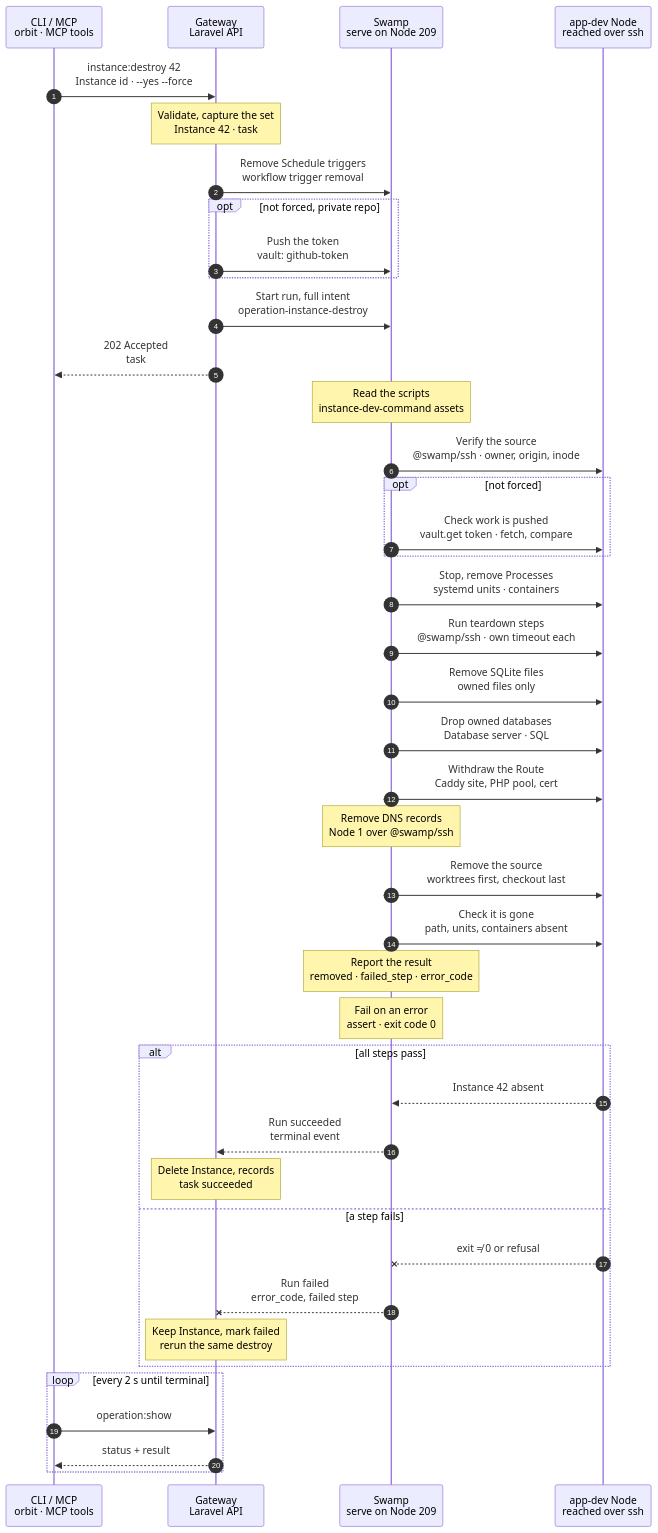
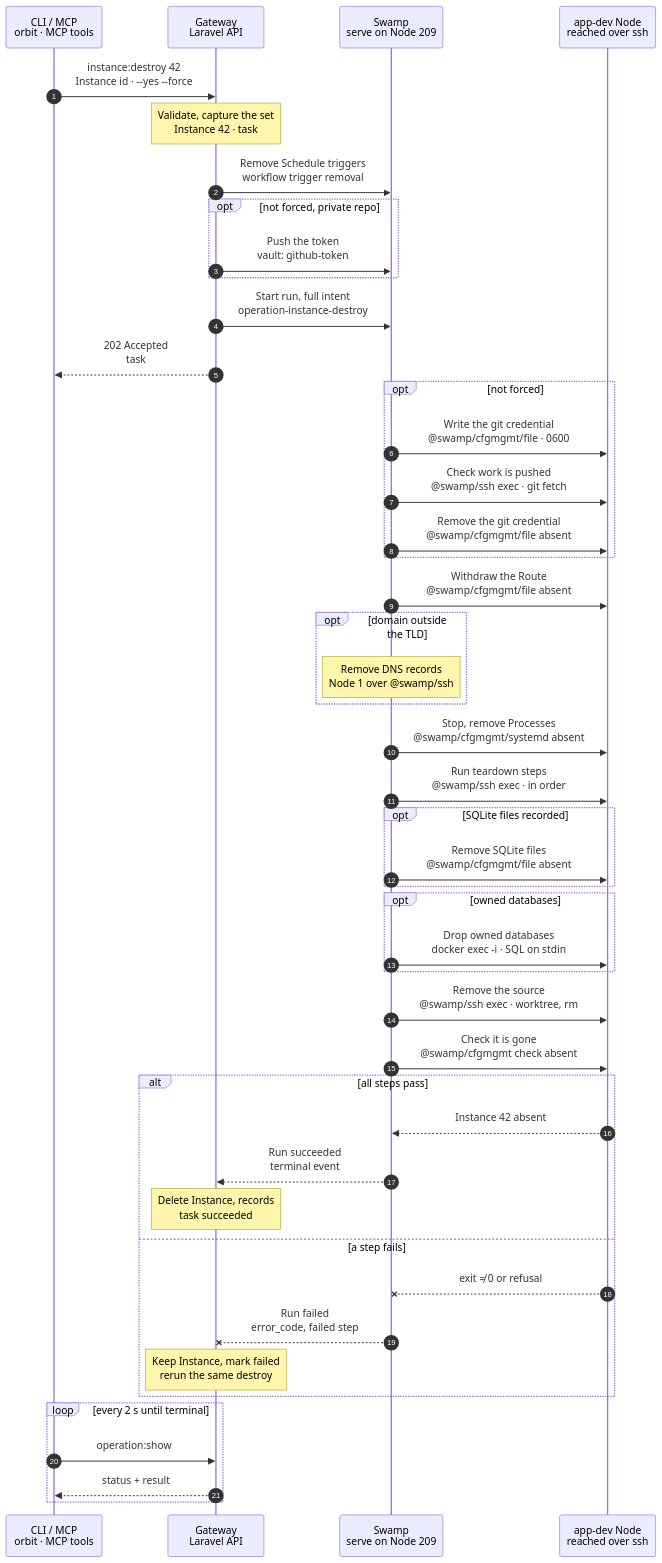
Before and after one commit to hardimpactdev/orbit: the diagram in docs/cli/instance/destroy.mmd, drawn with Mermaid. The commit also changed 78 other files, not shown here.

```diff
--- a/docs/cli/instance/destroy.mmd
+++ b/docs/cli/instance/destroy.mmd
@@ -1,182 +1,190 @@
 sequenceDiagram
   %% Target design: ADR 0244 task, R1-R4, single-swamp-node (@swamp/ssh from 209), DECISIONS 1 (token minted at admission, vault.get), Schedules native (Nick 2026-11-02). docs/reference/instance-removal.md.
+  %% Tightened: flow-tighten 2026-11-02, rules 3, 8, 14, 17, 22 (Route first, DNS only outside the TLD, cfgmgmt absent applies, no script read, source capture, report or assert step).
+  %% Decided: Nick 2026-11-02, the Route is withdrawn first, before teardown; a failed teardown leaves the site down and a rerun completes.
   %% status: draft
   %% command: instance:destroy
   %% kind: instance.destroy
   autonumber
   %% lane CLI icon=terminal pill=caller tone=gray
   %% lane GW icon=gateway pill=intent tone=blue
   %% lane SW icon=workflow pill=executes tone=green
   %% lane N icon=server pill=target tone=amber
   participant CLI as CLI / MCP<br/>orbit · MCP tools
   participant GW as Gateway<br/>Laravel API
   participant SW as Swamp<br/>serve on Node 209
   participant N as app-dev Node<br/>reached over ssh
   CLI->>GW: instance:destroy 42<br/>Instance id · --yes --force
   %%> Command:
   %%> - `orbit instance:destroy 42 --yes`
   %%> - syntax: `<instance> [--yes] [--force] [--idempotency-key=KEY] [--json]`
   %%> Input:
   %%> - the Instance's id, as `instance:list` shows it
   %%> Confirmation:
   %%> - without `--yes`, the CLI asks first; the default is No
   %%> - without a terminal, or with `--json`, `--yes` is required
   %%> With `--force`:
   %%> - also deletes dirty or unpublished source, and a checkout with its linked worktrees
   %%> - it never waives the source identity checks, and it is not consent
   Note over GW: Validate, capture the set<br/>Instance 42 · task #5132
   %%> Requirements:
   %%> - your Node has an access grant to Node 12, which runs Instance 42
   %%> - Instance 42 is a development Instance; production removal is not charted here
   %%> - no other lifecycle change and no unfinished transfer holds Instance 42
   %%> Captures:
   %%> - the source: path, owner, origin, branch, linked worktrees
   %%> - what Instance 42 owns: Processes, Schedules, Route, SQLite files, server databases
   %%> - the Project teardown steps
   %%> Result:
   %%> - Instance 42 is marked removing, with the captured set
   %%> - task #5132 recorded with the full intent
   GW->>SW: Remove Schedule triggers<br/>workflow trigger removal
   %%> What it does:
   %%> - removes the native Swamp schedule trigger of each Schedule of Instance 42
   %%> - there is no Node work here; Schedules install nothing on Nodes
   %%> Why first:
   %%> - no new fire starts against a checkout that is being removed
   %%> Running fire:
   %%> - a fire that already started runs to its end, within its own timeout, and is still recorded
   opt not forced, private repo
     GW->>SW: Push the token<br/>vault: github-token
     %%> Why:
     %%> - a normal removal checks that the work is pushed, which needs a fetch from origin
     %%> - only the Gateway holds the GitHub App key
     %%> What it does:
     %%> - mints a read token for this one repository, valid 1 hour, and pushes it into Swamp's vault
     %%> Not needed:
     %%> - with `--force`, or for a public repository
   end
   GW->>SW: Start run, full intent<br/>operation-instance-destroy
   %%> What it does:
   %%> - starts one run of `operation-instance-destroy` on Swamp serve (Node 209)
   %%> Inputs:
   %%> - Node 12's address and SSH host keys; the SSH identity comes from the `swamp` role
   %%> - the captured set, the teardown steps, the Node's managed user
   %%> - secrets only as vault key names
   GW-->>CLI: 202 Accepted<br/>task #5132
   %%> What you get:
   %%> - the task number, at once
   %%> Next:
   %%> - the CLI follows the task with `operation:show`
-  Note over SW: Read the scripts<br/>instance-dev-command assets
-  %%> What it does:
-  %%> - reads the shipped destroy phase scripts and the teardown runner on 209, to send them over SSH in argv
-  SW->>N: Verify the source<br/>@swamp/ssh · owner, origin, inode
-  %%> What it does:
-  %%> - checks that the checkout and its linked worktrees are the ones captured at admission
-  %%> - same path, owner, origin and filesystem identity
-  %%> Refuses:
-  %%> - another checkout, owner or Node, also with `--force`
-  %%> - a symlink in place of the checkout
   opt not forced
-    SW->>N: Check work is pushed<br/>vault.get token · fetch, compare
+    SW->>N: Write the git credential<br/>@swamp/cfgmgmt/file · 0600
     %%> What it does:
-    %%> - fetches origin with the vault token and compares
+    %%> - writes the vault token as a 0600 credential file, so the token never enters argv
+    SW->>N: Check work is pushed<br/>@swamp/ssh exec · git fetch
+    %%> What it does:
+    %%> - for each checkout, fetches origin with that credential file, then compares with `git status --porcelain` and `git branch -r --contains HEAD`
     %%> Refuses:
     %%> - dirty source
     %%> - a `HEAD` that no origin branch or tag contains
     %%> - linked worktrees on the checkout
     %%> Result of a refusal:
     %%> - the run stops here and nothing changes
+    %%> Why first:
+    %%> - a fact that can change after admission, and every later step depends on it
+    SW->>N: Remove the git credential<br/>@swamp/cfgmgmt/file absent
+    %%> When:
+    %%> - always after the check, also when it refused
   end
-  SW->>N: Stop, remove Processes<br/>systemd units · containers
+  SW->>N: Withdraw the Route<br/>@swamp/cfgmgmt/file absent
   %%> What it does:
-  %%> - stops each Process of Instance 42 and removes its unit or container
+  %%> - removes the Caddy site of Instance 42, its PHP pool and its certificate, then reloads Caddy; no restart
+  %%> - one step, the mirror of `route:create`, which installs the certificate and publishes the site in one step
+  %%> How:
+  %%> - Swamp reaches Node 12 over SSH from 209 with `@swamp/ssh` and `@swamp/cfgmgmt/file` (`ensure: absent`) plus `@swamp/cfgmgmt/systemd` reload; nothing is copied to the Node
+  %%> Why first:
+  %%> - unpublish before removing, so no request reaches a half-removed Instance
+  %%> - accepted: a failed teardown leaves Instance 42 without its site until a rerun completes the removal
+  %%> Keeps:
+  %%> - every other site, pool and certificate on Node 12
+  opt domain outside the TLD
+    Note over SW: Remove DNS records<br/>Node 1 over @swamp/ssh
+    %%> When:
+    %%> - only for a Route domain outside the Cluster or Node TLD; private DNS answers the whole TLD, so a domain inside it has no record
+    %%> What it does:
+    %%> - removes the private DNS records of Instance 42's Routes, then waits the 31-second grace
+    %%> How:
+    %%> - over SSH from 209 to the VPN Node (Node 1), with the `swamp` role's key
+  end
+  SW->>N: Stop, remove Processes<br/>@swamp/cfgmgmt/systemd absent
+  %%> What it does:
+  %%> - removes each Process of Instance 42 as a `forEach`: `@swamp/cfgmgmt/systemd` or `docker_container` with `ensure: absent`, as `process:destroy` does
   %%> Why before teardown:
   %%> - nothing still writes to the application while teardown runs
   %%> Not included:
   %%> - Processes of other Instances on Node 12
-  SW->>N: Run teardown steps<br/>@swamp/ssh · own timeout each
+  SW->>N: Run teardown steps<br/>@swamp/ssh exec · in order
   %%> What it does:
-  %%> - runs the Project's teardown steps in order, as the Node's managed user, from the repository root
+  %%> - runs the Project's teardown steps in order, as the Node's managed user, from the repository root, one `@swamp/ssh exec` each
   %%> Limits:
   %%> - each step has its own timeout
   %%> Failure:
-  %%> - a failed step fails the run; the next `instance:destroy` runs the whole list again
-  SW->>N: Remove SQLite files<br/>owned files only
+  %%> - a failed step ends the run with its own exit code; the next `instance:destroy` runs the whole list again
+  opt SQLite files recorded
+    SW->>N: Remove SQLite files<br/>@swamp/cfgmgmt/file absent
+    %%> What it does:
+    %%> - deletes the SQLite files that Instance 42 owns, by their recorded paths
+    %%> - runs beside the database step; neither needs the other
+  end
+  opt owned databases
+    SW->>N: Drop owned databases<br/>docker exec -i · SQL on stdin
+    %%> What it does:
+    %%> - drops each database and user that Instance 42 owns on a Database server, one `docker exec -i` per statement with the SQL on stdin
+    %%> How:
+    %%> - the admin login comes from the server's own vault key, as a 0600 option file for MySQL, local trust for Postgres, `AUTH` on stdin for Valkey
+    %%> Not included:
+    %%> - registered external databases; their records go with the Instance, nothing on their host changes
+  end
+  SW->>N: Remove the source<br/>@swamp/ssh exec · worktree, rm
   %%> What it does:
-  %%> - deletes the SQLite files that Instance 42 owns
-  %%> Not included:
-  %%> - databases on a Database server; the next step drops them
-  SW->>N: Drop owned databases<br/>Database server · SQL
-  %%> What it does:
-  %%> - drops each database and user that Instance 42 owns on a Database server, one canonical server child per server
-  %%> How:
-  %%> - the server child reads each server's admitted password from the vault; the Gateway copies it at run start
-  %%> Not included:
-  %%> - registered external databases; their records go with the Instance, nothing on their host changes
-  SW->>N: Withdraw the Route<br/>Caddy site, PHP pool, cert
-  %%> What it does:
-  %%> - removes the Caddy site of Instance 42 and reloads Caddy; no restart
-  %%> - removes its PHP pool and its certificate
-  %%> Keeps:
-  %%> - every other site, pool and certificate on Node 12
-  Note over SW: Remove DNS records<br/>Node 1 over @swamp/ssh
-  %%> What it does:
-  %%> - removes the private DNS records of Instance 42's Routes, then waits the 31-second grace
-  %%> How:
-  %%> - over SSH from 209 to the VPN Node (Node 1), with the `swamp` role's key
-  SW->>N: Remove the source<br/>worktrees first, checkout last
-  %%> What it does:
-  %%> - removes linked worktrees, then the checkout itself
-  %%> - deletes only the paths whose identity it verified
+  %%> - `git worktree remove --force` per linked worktree, then `rm -rf` of the checkout
+  %%> - the paths come from the Gateway's records; a rerun converges
   %%> Runs as:
   %%> - the Node's own user, not root
-  SW->>N: Check it is gone<br/>path, units, containers absent
+  SW->>N: Check it is gone<br/>@swamp/cfgmgmt check absent
   %%> What it does:
-  %%> - checks that the checkout, its removal quarantine, the Process units and containers are absent
-  %%> - the Route's own steps already confirmed its Caddy site is gone
+  %%> - the `check` of the directory, file, systemd and `docker_container` behaviors with `ensure: absent`: checkout, units and containers are gone
   %%> Why:
-  %%> - Instance 42 only counts as removed when the Node shows it
-  Note over SW: Report the result<br/>removed · failed_step · error_code
-  %%> What it does:
-  %%> - maps the first failed step to its error code and keeps the source capture for a rerun
-  Note over SW: Fail on an error<br/>assert · exit code 0
-  %%> What it does:
-  %%> - fails the run when the report holds an `error_code`, so the task fails with that code
+  %%> - Instance 42 only counts as removed when the Node shows it; this is the one end check
   alt all steps pass
     N-->>SW: Instance 42 absent
     %%> Returns:
     %%> - the check passed
     SW-->>GW: Run succeeded<br/>terminal event
     %%> How the Gateway learns it:
     %%> - its shared run reader sees the terminal event; Swamp never calls the Gateway
     Note over GW: Delete Instance, records<br/>task succeeded
     %%> Result:
     %%> - Instance 42 is deleted, with its Processes, Schedules and Route records
     %%> - owned database records are deleted
     %%> - closed transfer history stays, without its Instance link
     %%> - task #5132 succeeds
   else a step fails
     N--xSW: exit ≠ 0 or refusal
     %%> When:
-    %%> - a source check refuses, a teardown step fails, or something is still there
+    %%> - the pushed check refuses, a teardown step fails, or something is still there
+    %%> How:
+    %%> - the failing step ends the run with its own exit code; there is no report step
     SW--xGW: Run failed<br/>error_code, failed step
     %%> The Gateway reads:
-    %%> - which step failed and its error code
+    %%> - which step failed and its exit code, mapped to `error_code`
     Note over GW: Keep Instance, mark failed<br/>rerun the same destroy
     %%> Result:
     %%> - Instance 42 and its records stay, marked removal failed
     %%> - task #5132 fails
     %%> On the Node:
     %%> - what was already removed stays removed; no rollback
+    %%> - the Route is already withdrawn, so the site stays down; a rerun of the same destroy completes the removal
     %%> - the Schedule triggers stay removed
     %%> Retry:
     %%> - run `instance:destroy 42` again; it is a new task and converges the same captured set
   end
   loop every 2 s until terminal
     CLI->>GW: operation:show #5132
     %%> What it does:
     %%> - asks for the task's status every 2 seconds until it has ended
     GW-->>CLI: status + result
     %%> Returns:
     %%> - the current status, and the result once the task has ended
   end
```
